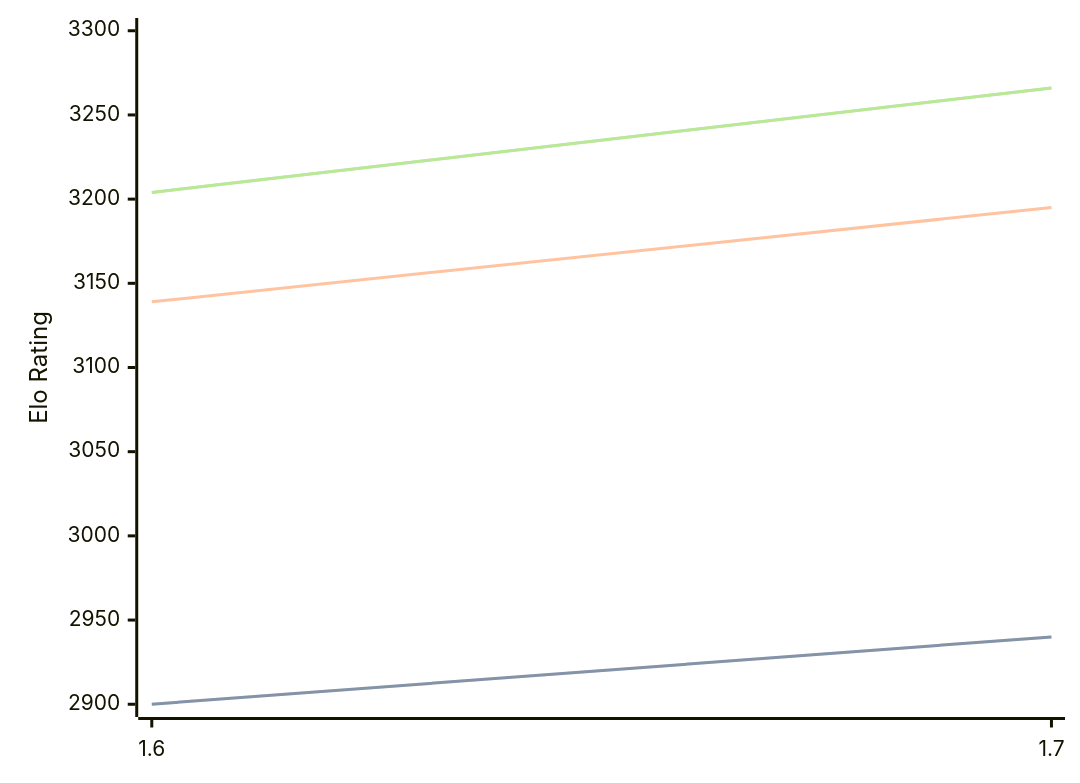
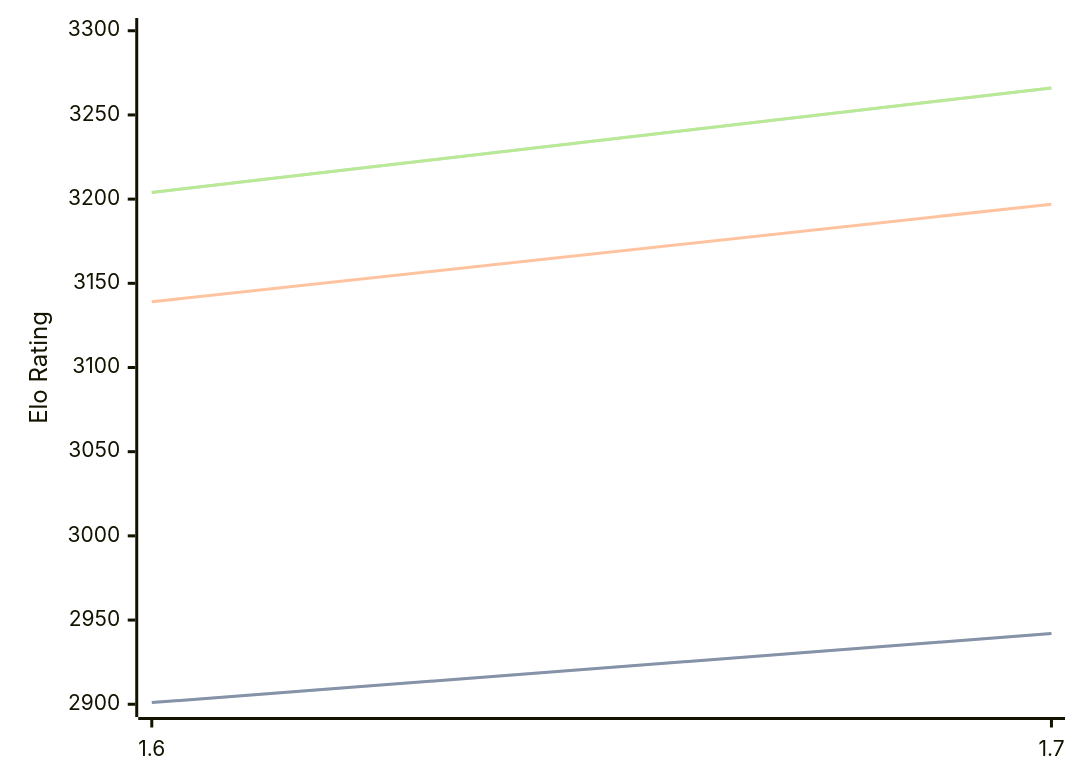
Before and after one commit to computer-chess-index/cci: the diagram in engines/Bitbit.md, drawn with Mermaid. The commit also changed other lines of this file, not shown here.

````diff
--- a/engines/Bitbit.md
+++ b/engines/Bitbit.md
@@ -32,11 +32,11 @@
 ```mermaid
 %%{init: {"theme":"base","themeVariables":{"seriesColors:['#a3a3a3','#222221','#faa371']}}}%%
 xychart-beta
   x-axis ["1.6", "1.7"]
   y-axis "Elo Rating" 2900 --> 3300
-  line "STC (8.0+0.08s)" [2900, 2940]
-  line "STC (8.0+0.08s)" [2900, 2940]
-  line "LTC (60.0+0.60s)" [3139, 3195]
+  line "STC (8.0+0.08s)" [2901, 2942]
+  line "STC (8.0+0.08s)" [2901, 2942]
+  line "LTC (60.0+0.60s)" [3139, 3197]
   line "VLTC (2m24s+1.12s)" [3204, 3266]
   line "VLTC (2m24s+1.12s)" [3204, 3266]
 ```
````
